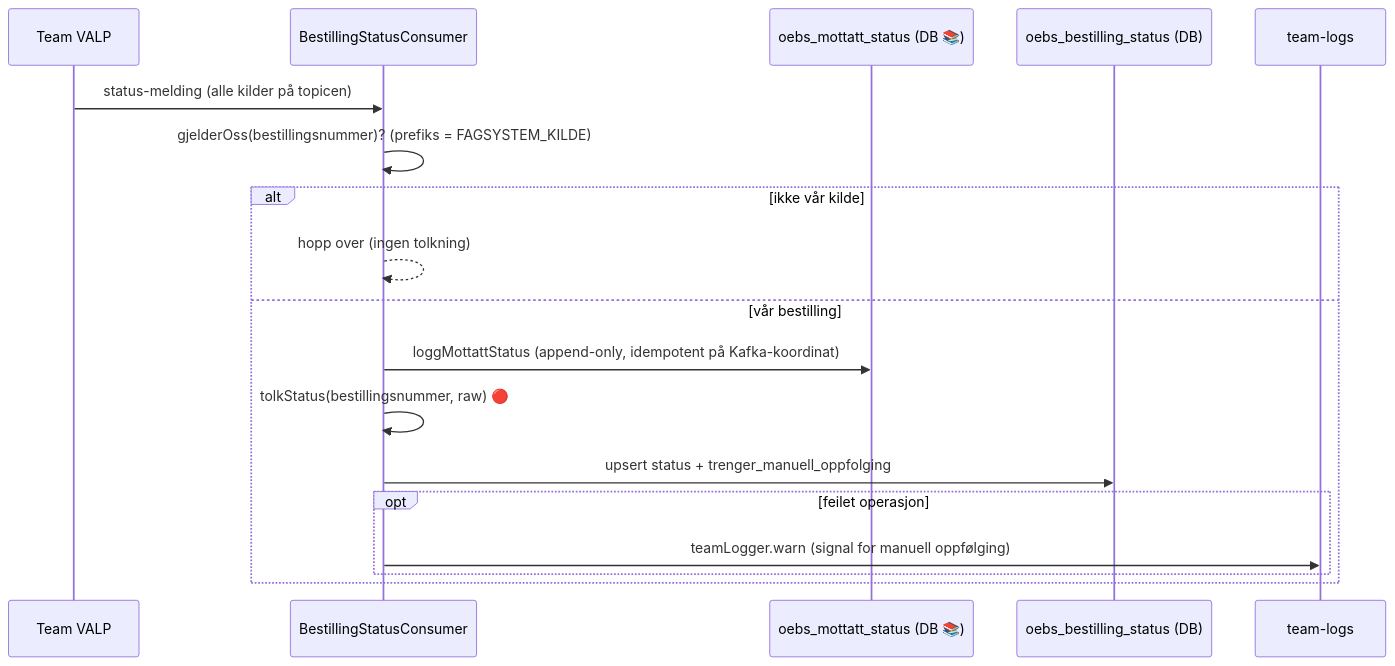
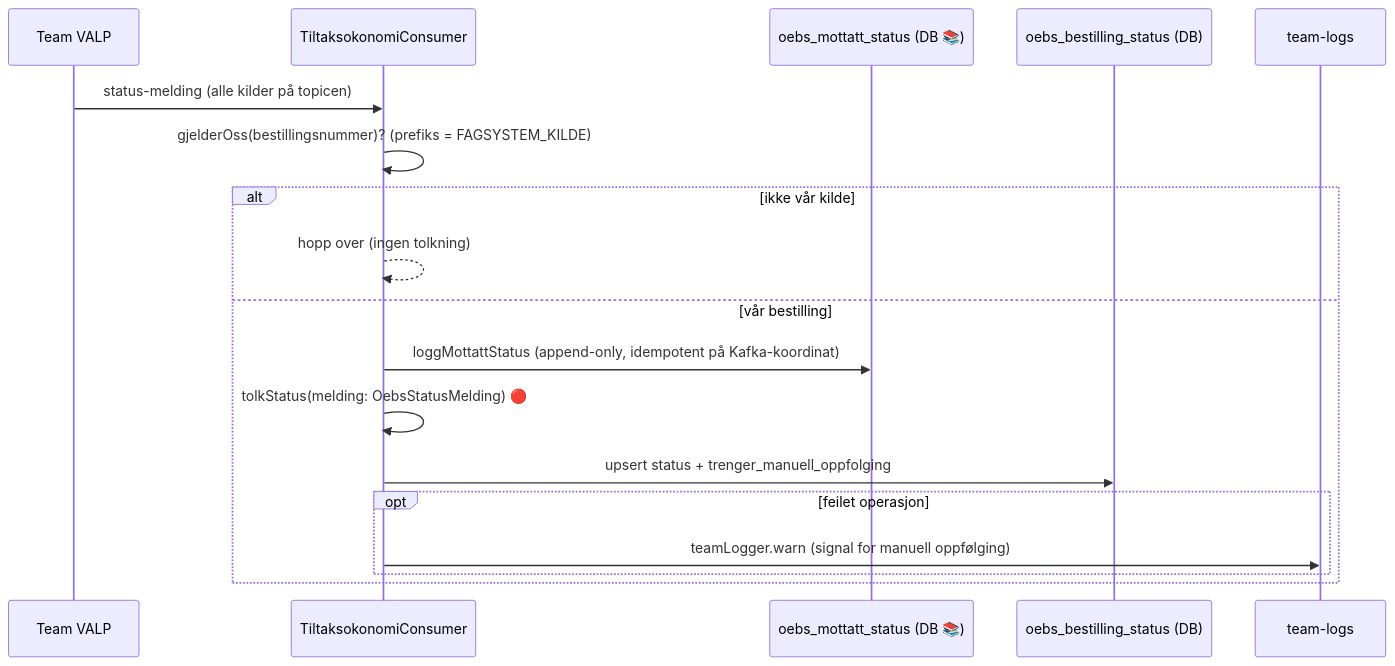
Before and after one commit to navikt/ekspertbistand: the third of 3 diagrams in backend/src/main/kotlin/no/nav/ekspertbistand/oebs/README.md, drawn with Mermaid. The commit also changed other lines of this file and 14 other files, not shown here.

````diff
--- a/backend/src/main/kotlin/no/nav/ekspertbistand/oebs/README.md
+++ b/backend/src/main/kotlin/no/nav/ekspertbistand/oebs/README.md
@@ -85,21 +85,21 @@
 ```mermaid
 sequenceDiagram
     participant V as Team VALP
-    participant S as BestillingStatusConsumer
+    participant S as TiltaksokonomiConsumer
     participant L as oebs_mottatt_status (DB 📚)
     participant D as oebs_bestilling_status (DB)
     participant T as team-logs
 
     V->>S: status-melding (alle kilder på topicen)
     S->>S: gjelderOss(bestillingsnummer)? (prefiks = FAGSYSTEM_KILDE)
     alt ikke vår kilde
         S-->>S: hopp over (ingen tolkning)
     else vår bestilling
         S->>L: loggMottattStatus (append-only, idempotent på Kafka-koordinat)
-        S->>S: tolkStatus(bestillingsnummer, raw) 🔴
+        S->>S: tolkStatus(melding: OebsStatusMelding) 🔴
         S->>D: upsert status + trenger_manuell_oppfolging
         opt feilet operasjon
             S->>T: teamLogger.warn (signal for manuell oppfølging)
         end
     end
 ```
````
